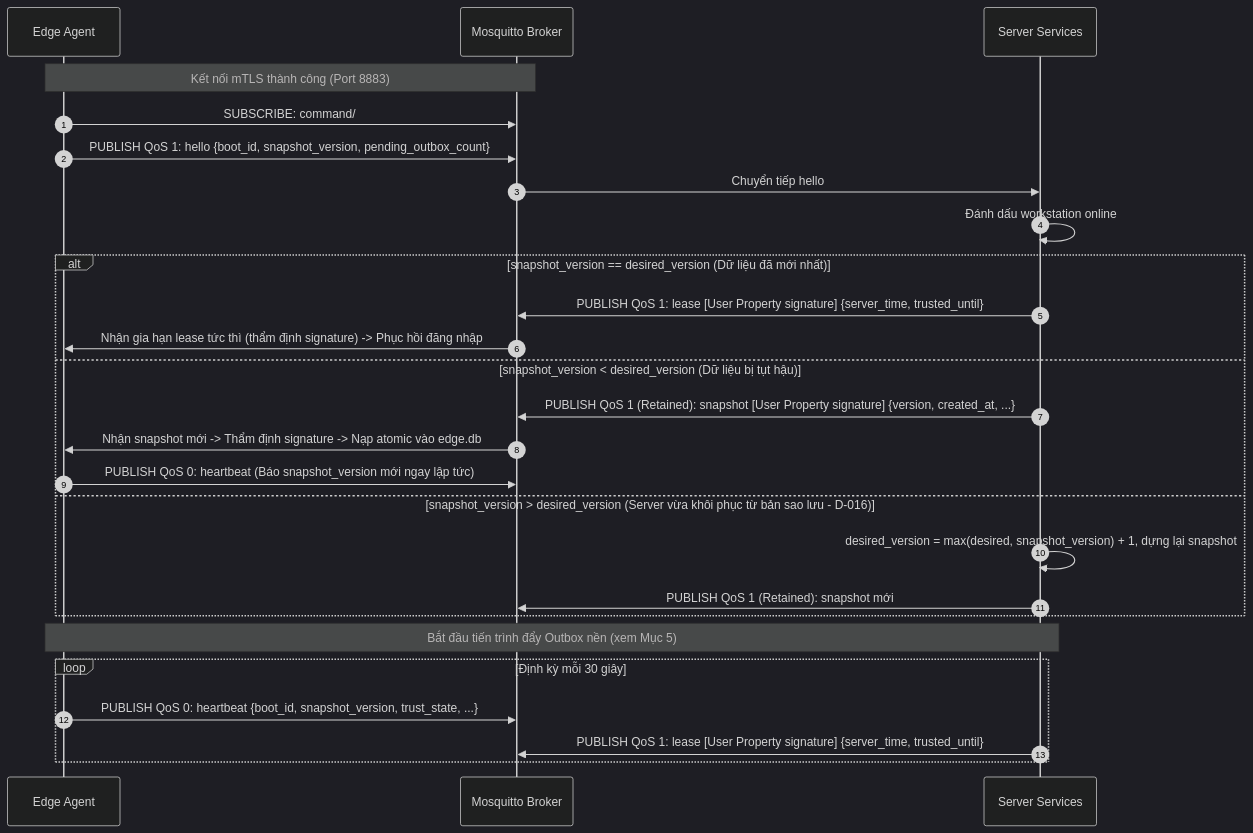
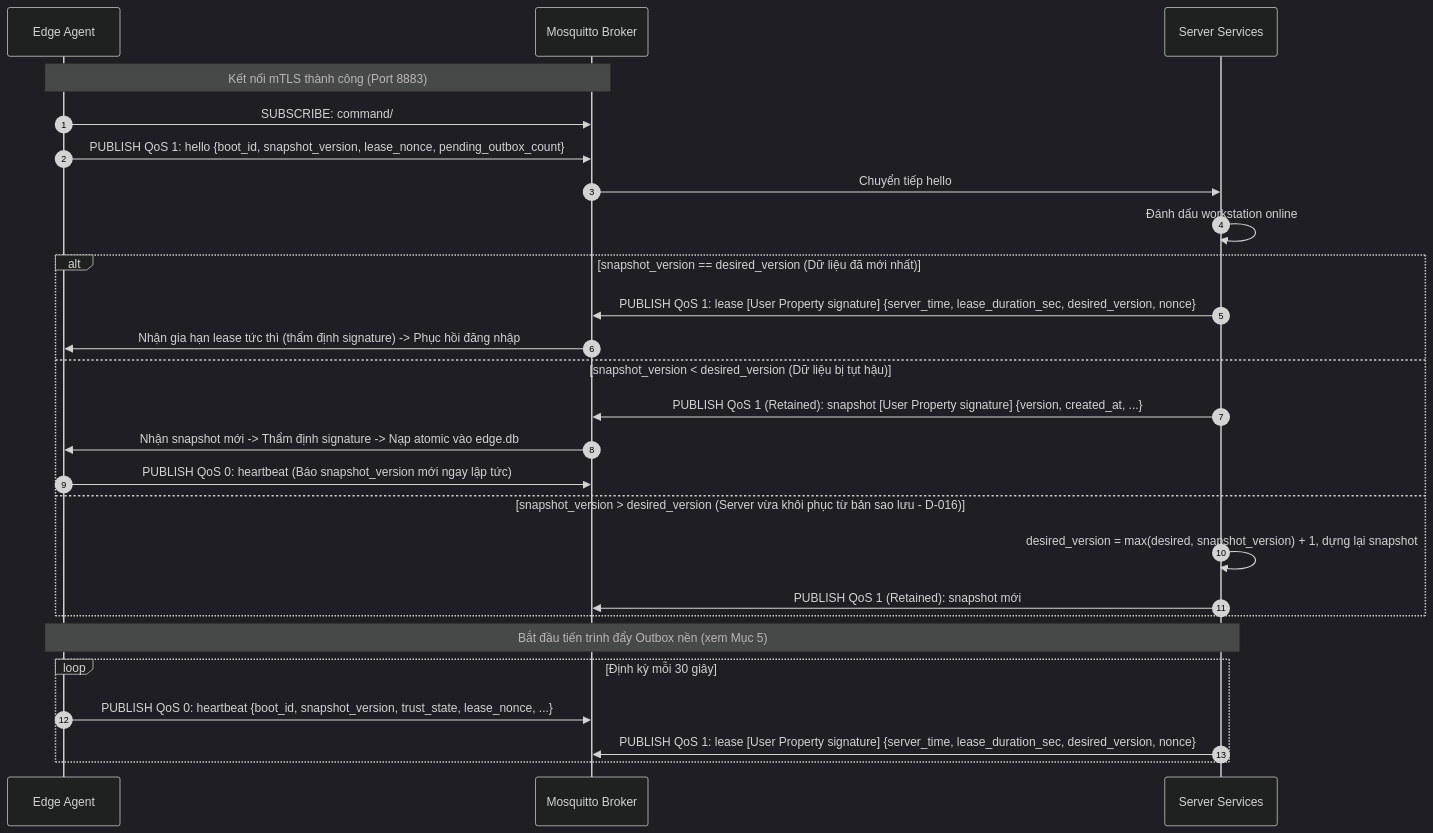
The second of 3 diagrams in design/docs/06-architecture/decisions/ADR-002-giao-thuc-mqtt-va-dinh-danh-may-tram.md (binhtoong21/linux-access-control), drawn with Mermaid (dark theme) before and after one commit. The commit also changed other lines of this file and 13 other files, not shown here.

````diff
--- a/design/docs/06-architecture/decisions/ADR-002-giao-thuc-mqtt-va-dinh-danh-may-tram.md
+++ b/design/docs/06-architecture/decisions/ADR-002-giao-thuc-mqtt-va-dinh-danh-may-tram.md
@@ -145,29 +145,29 @@
 ```mermaid
 sequenceDiagram
     autonumber
     participant A as Edge Agent
     participant B as Mosquitto Broker
     participant S as Server Services
 
     Note over A,B: Kết nối mTLS thành công (Port 8883)
     A->>B: SUBSCRIBE: command/#, snapshot, lease
-    A->>B: PUBLISH QoS 1: hello {boot_id, snapshot_version, pending_outbox_count}
+    A->>B: PUBLISH QoS 1: hello {boot_id, snapshot_version, lease_nonce, pending_outbox_count}
     B->>S: Chuyển tiếp hello
     S->>S: Đánh dấu workstation online
     alt snapshot_version == desired_version (Dữ liệu đã mới nhất)
-        S->>B: PUBLISH QoS 1: lease [User Property signature] {server_time, trusted_until}
+        S->>B: PUBLISH QoS 1: lease [User Property signature] {server_time, lease_duration_sec, desired_version, nonce}
         B->>A: Nhận gia hạn lease tức thì (thẩm định signature) -> Phục hồi đăng nhập
     else snapshot_version < desired_version (Dữ liệu bị tụt hậu)
         S->>B: PUBLISH QoS 1 (Retained): snapshot [User Property signature] {version, created_at, ...}
         B->>A: Nhận snapshot mới -> Thẩm định signature -> Nạp atomic vào edge.db
         A->>B: PUBLISH QoS 0: heartbeat (Báo snapshot_version mới ngay lập tức)
     else snapshot_version > desired_version (Server vừa khôi phục từ bản sao lưu - D-016)
         S->>S: desired_version = max(desired, snapshot_version) + 1, dựng lại snapshot
         S->>B: PUBLISH QoS 1 (Retained): snapshot mới
     end
     Note over A,S: Bắt đầu tiến trình đẩy Outbox nền (xem Mục 5)
     loop Định kỳ mỗi 30 giây
-        A->>B: PUBLISH QoS 0: heartbeat {boot_id, snapshot_version, trust_state, ...}
-        S->>B: PUBLISH QoS 1: lease [User Property signature] {server_time, trusted_until}
+        A->>B: PUBLISH QoS 0: heartbeat {boot_id, snapshot_version, trust_state, lease_nonce, ...}
+        S->>B: PUBLISH QoS 1: lease [User Property signature] {server_time, lease_duration_sec, desired_version, nonce}
     end
 ```
````
